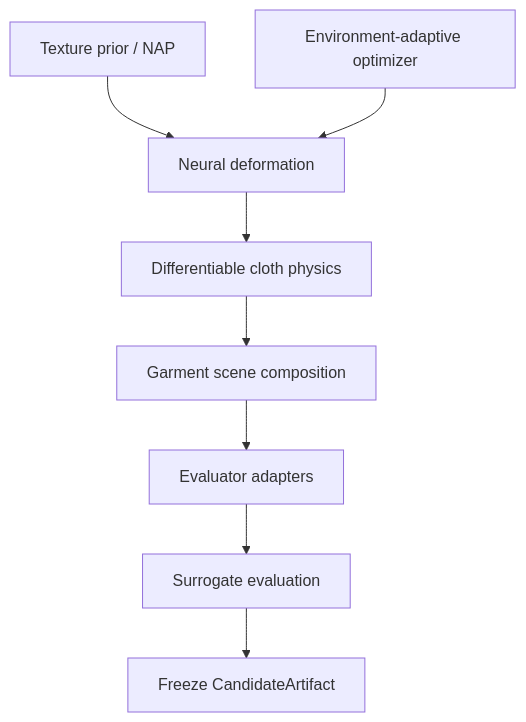
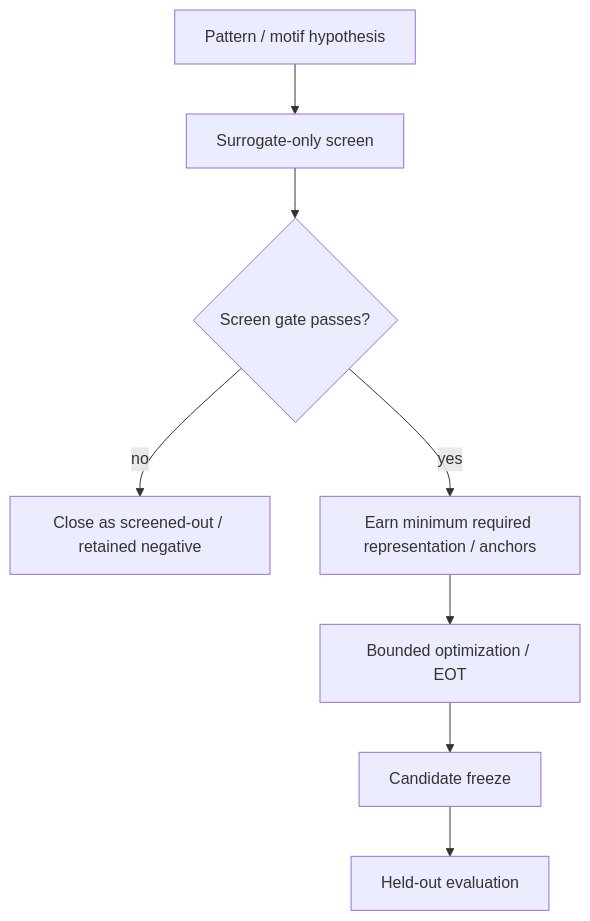
The second of 6 diagrams in docs/ARCHITECTURE.md (ninja-ops-guy/adversarial-clothing-pipeline), drawn with Mermaid before and after one commit. The commit also changed other lines of this file, not shown here.

Commit message:
docs: refresh architecture and execution boundaries

````diff
--- a/docs/ARCHITECTURE.md
+++ b/docs/ARCHITECTURE.md
@@ -60,10 +43,10 @@
 ```mermaid
 flowchart TD
-    A[Texture prior / NAP] --> D[Neural deformation]
-    B[Environment-adaptive optimizer] --> D
-    D --> P[Differentiable cloth physics]
-    P --> S[Garment scene composition]
-    S --> E[Evaluator adapters]
-    E --> Q[Surrogate evaluation]
-    Q --> F[Freeze CandidateArtifact]
+    A[Pattern / motif hypothesis] --> B[Surrogate-only screen]
+    B --> C{Screen gate passes?}
+    C -- no --> X[Close as screened-out / retained negative]
+    C -- yes --> D[Earn minimum required representation / anchors]
+    D --> E[Bounded optimization / EOT]
+    E --> F[Candidate freeze]
+    F --> G[Held-out evaluation]
 ```
````
